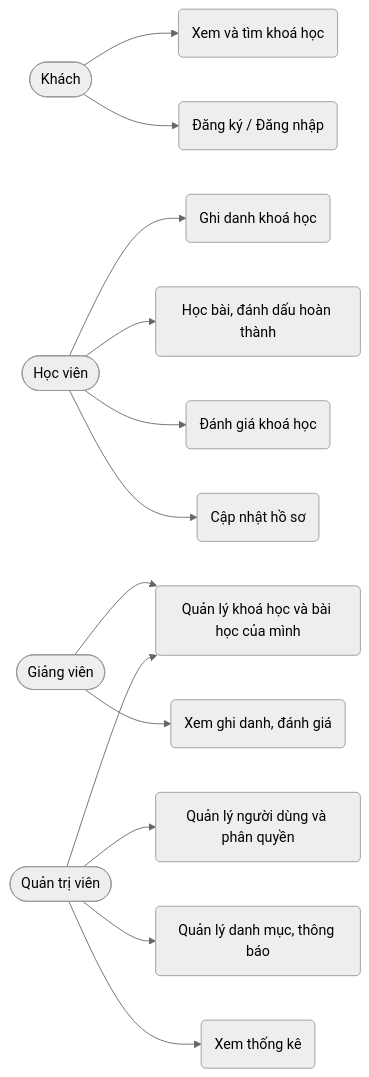
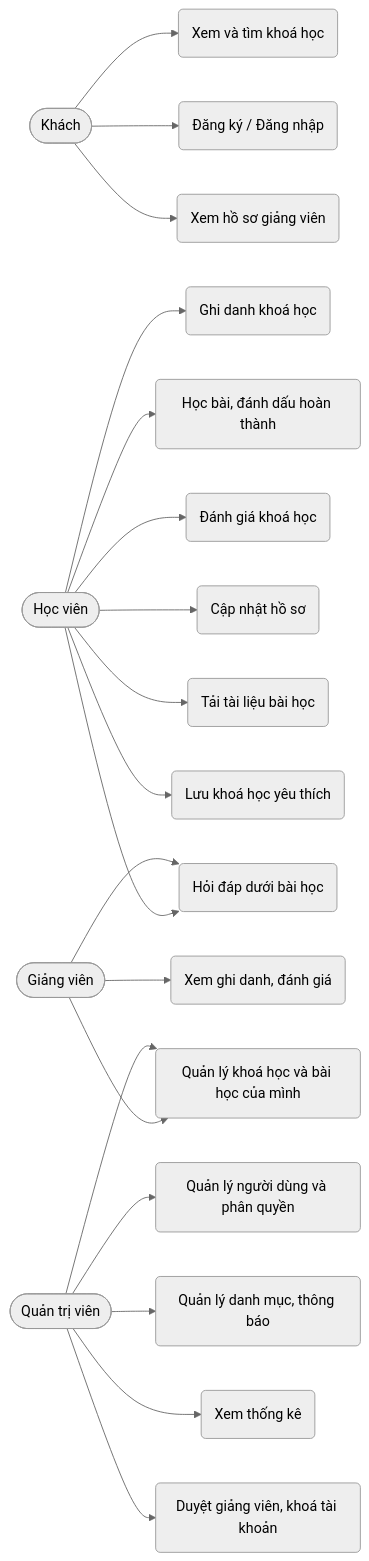
One commit to NayuD06/online_elearning changed the first of 2 diagrams in docs/phan-tich-thiet-ke.md. Above: the diagram before and after it, drawn with Mermaid (neutral theme). The commit also changed other lines of this file and 68 other files, not shown here.

````diff
--- a/docs/phan-tich-thiet-ke.md
+++ b/docs/phan-tich-thiet-ke.md
@@ -46,15 +46,21 @@
 ```mermaid
 flowchart LR
     Guest([Khách]) --> UC1(Xem và tìm khoá học)
     Guest --> UC2(Đăng ký / Đăng nhập)
     Student([Học viên]) --> UC3(Ghi danh khoá học)
     Student --> UC4(Học bài, đánh dấu hoàn thành)
     Student --> UC5(Đánh giá khoá học)
     Student --> UC6(Cập nhật hồ sơ)
     Teacher([Giảng viên]) --> UC7(Quản lý khoá học và bài học của mình)
     Teacher --> UC8(Xem ghi danh, đánh giá)
     Admin([Quản trị viên]) --> UC7
     Admin --> UC9(Quản lý người dùng và phân quyền)
     Admin --> UC10(Quản lý danh mục, thông báo)
     Admin --> UC11(Xem thống kê)
+    Student --> UC12(Hỏi đáp dưới bài học)
+    Teacher --> UC12
+    Student --> UC13(Tải tài liệu bài học)
+    Student --> UC14(Lưu khoá học yêu thích)
+    Guest --> UC15(Xem hồ sơ giảng viên)
+    Admin --> UC16(Duyệt giảng viên, khoá tài khoản)
 ```
````
